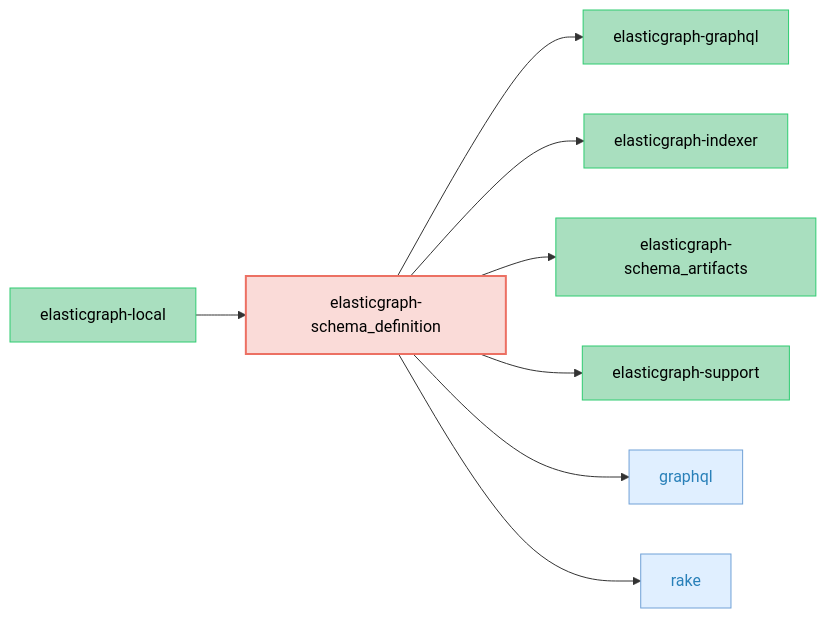
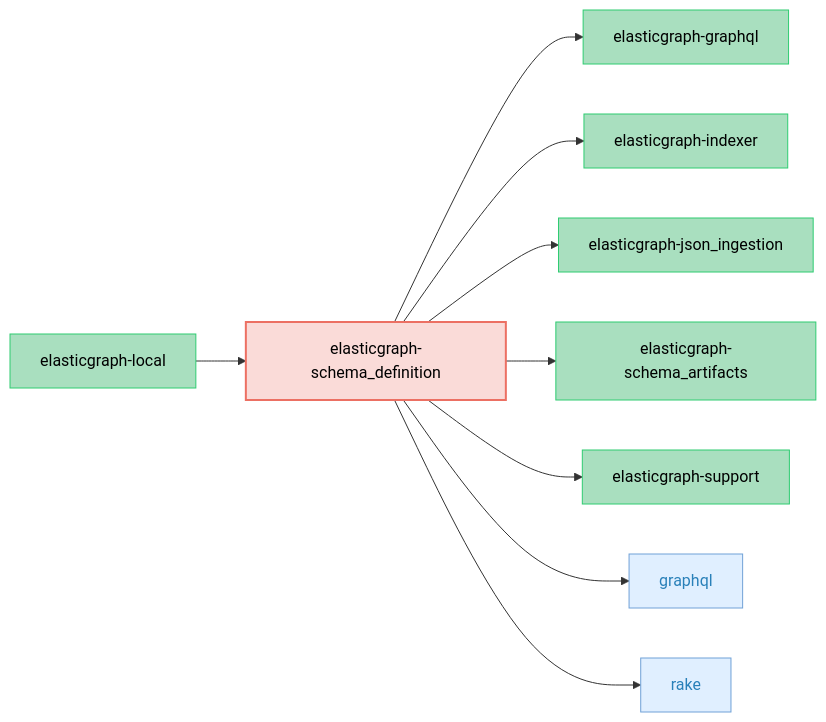
One commit to block/elasticgraph changed the diagram in elasticgraph-schema_definition/README.md. Above: the diagram before and after it, drawn with Mermaid. The commit also changed 115 other files, not shown here.

Commit message:
Pluggable ingestion serializers via new elasticgraph-json_ingestion gem

````diff
--- a/elasticgraph-schema_definition/README.md
+++ b/elasticgraph-schema_definition/README.md
@@ -11,31 +11,34 @@
 ```mermaid
 graph LR;
     classDef targetGemStyle fill:#FADBD8,stroke:#EC7063,color:#000,stroke-width:2px;
     classDef otherEgGemStyle fill:#A9DFBF,stroke:#2ECC71,color:#000;
     classDef externalGemStyle fill:#E0EFFF,stroke:#70A1D7,color:#2980B9;
     elasticgraph-schema_definition["elasticgraph-schema_definition"];
     class elasticgraph-schema_definition targetGemStyle;
     elasticgraph-graphql["elasticgraph-graphql"];
     elasticgraph-schema_definition --> elasticgraph-graphql;
     class elasticgraph-graphql otherEgGemStyle;
     elasticgraph-indexer["elasticgraph-indexer"];
     elasticgraph-schema_definition --> elasticgraph-indexer;
     class elasticgraph-indexer otherEgGemStyle;
+    elasticgraph-json_ingestion["elasticgraph-json_ingestion"];
+    elasticgraph-schema_definition --> elasticgraph-json_ingestion;
+    class elasticgraph-json_ingestion otherEgGemStyle;
     elasticgraph-schema_artifacts["elasticgraph-schema_artifacts"];
     elasticgraph-schema_definition --> elasticgraph-schema_artifacts;
     class elasticgraph-schema_artifacts otherEgGemStyle;
     elasticgraph-support["elasticgraph-support"];
     elasticgraph-schema_definition --> elasticgraph-support;
     class elasticgraph-support otherEgGemStyle;
     graphql["graphql"];
     elasticgraph-schema_definition --> graphql;
     class graphql externalGemStyle;
     rake["rake"];
     elasticgraph-schema_definition --> rake;
     class rake externalGemStyle;
     elasticgraph-local["elasticgraph-local"];
     elasticgraph-local --> elasticgraph-schema_definition;
     class elasticgraph-local otherEgGemStyle;
     click graphql href "https://rubygems.org/gems/graphql" "Open on RubyGems.org" _blank;
     click rake href "https://rubygems.org/gems/rake" "Open on RubyGems.org" _blank;
 ```
````
